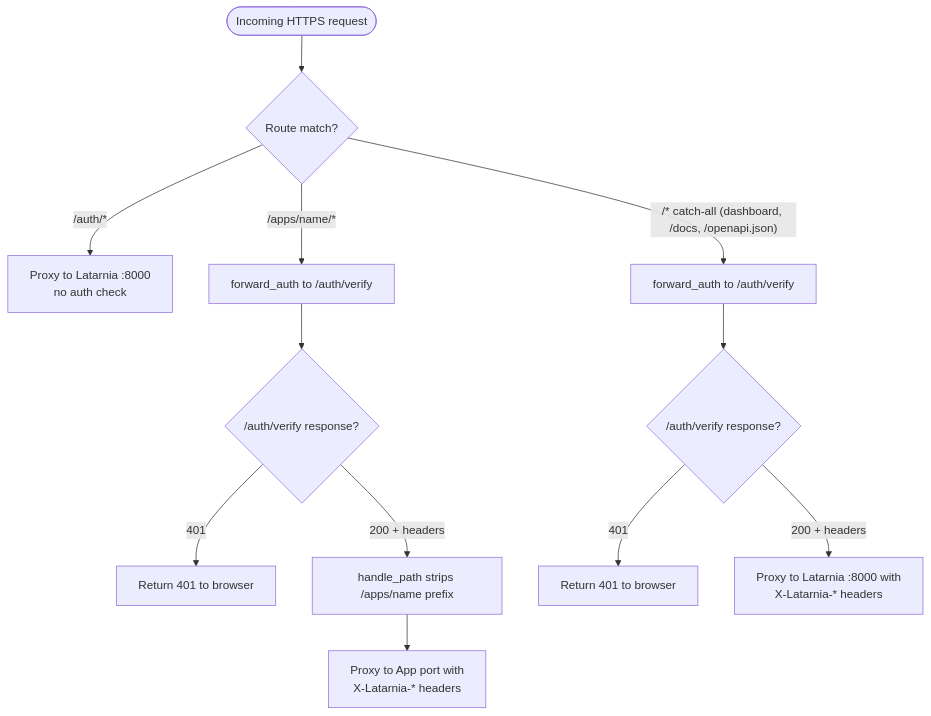
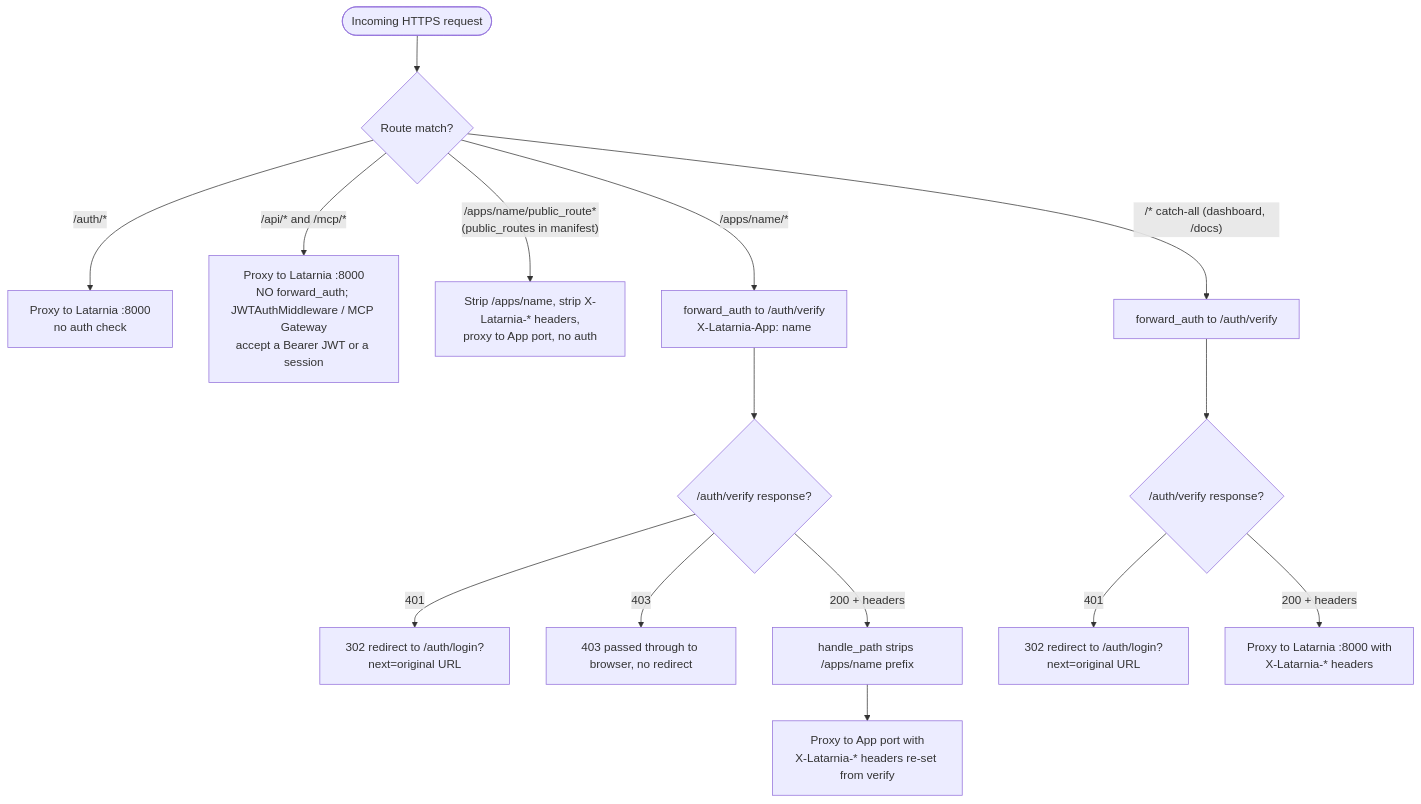
Diagram 14 of 16 in docs/System/workflows.md (felipe-stanham/Latarnia), drawn with Mermaid before and after one commit. The commit also changed other lines of this file and 10 other files, not shown here.

````diff
--- a/docs/System/workflows.md
+++ b/docs/System/workflows.md
@@ -544,17 +561,20 @@
 ```mermaid
 flowchart TD
     Request([Incoming HTTPS request]) --> RouteMatch{Route match?}
 
     RouteMatch -- "/auth/*" --> PublicLatarnia[Proxy to Latarnia :8000<br/>no auth check]
-    RouteMatch -- "/apps/name/*" --> ForwardAuth[forward_auth to /auth/verify]
-    RouteMatch -- "/* catch-all (dashboard, /docs, /openapi.json)" --> ForwardAuthCatchAll[forward_auth to /auth/verify]
+    RouteMatch -- "/api/* and /mcp/*" --> NoFwd[Proxy to Latarnia :8000<br/>NO forward_auth; JWTAuthMiddleware / MCP Gateway<br/>accept a Bearer JWT or a session]
+    RouteMatch -- "/apps/name/public_route*<br/>(public_routes in manifest)" --> PublicApp[Strip /apps/name, strip X-Latarnia-* headers,<br/>proxy to App port, no auth]
+    RouteMatch -- "/apps/name/*" --> ForwardAuth[forward_auth to /auth/verify<br/>X-Latarnia-App: name]
+    RouteMatch -- "/* catch-all (dashboard, /docs)" --> ForwardAuthCatchAll[forward_auth to /auth/verify]
 
     ForwardAuth --> AuthOk{/auth/verify response?}
-    AuthOk -- 401 --> Deny[Return 401 to browser]
+    AuthOk -- 401 --> Redirect[302 redirect to /auth/login?next=original URL]
+    AuthOk -- 403 --> Deny[403 passed through to browser, no redirect]
     AuthOk -- 200 + headers --> StripPrefix[handle_path strips /apps/name prefix]
-    StripPrefix --> ProxyApp[Proxy to App port with<br/>X-Latarnia-* headers]
+    StripPrefix --> ProxyApp[Proxy to App port with<br/>X-Latarnia-* headers re-set from verify]
 
     ForwardAuthCatchAll --> AuthOkCatchAll{/auth/verify response?}
-    AuthOkCatchAll -- 401 --> DenyCatchAll[Return 401 to browser]
+    AuthOkCatchAll -- 401 --> RedirectCatchAll[302 redirect to /auth/login?next=original URL]
     AuthOkCatchAll -- 200 + headers --> ProxyLatarnia[Proxy to Latarnia :8000 with<br/>X-Latarnia-* headers]
 ```
````
